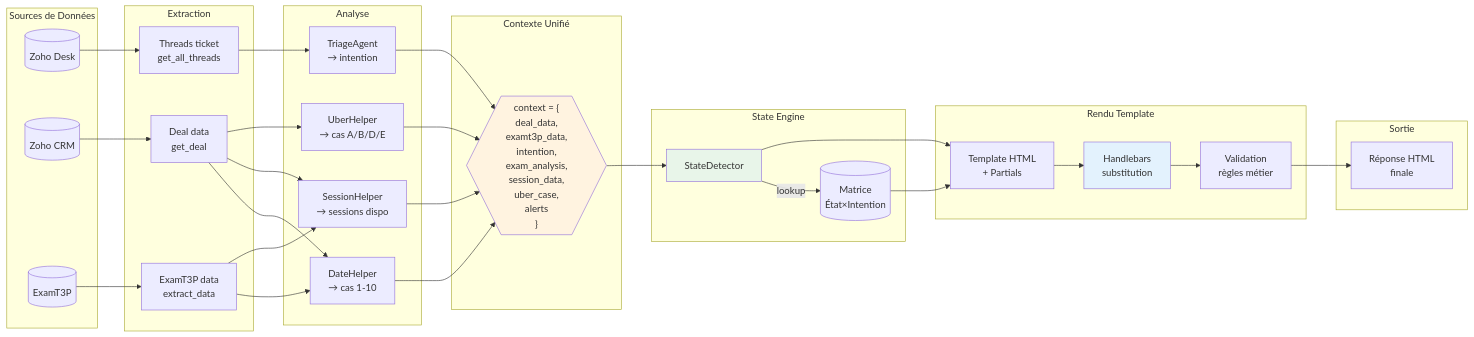
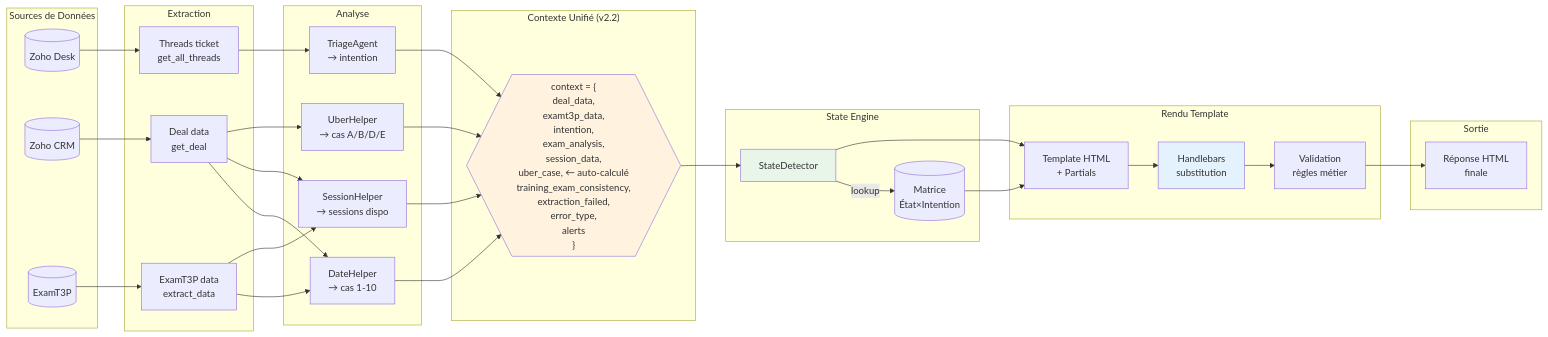
One commit to fouedh91760/a-level-saver changed the fourth of 20 diagrams in docs/architecture-diagrams.md. Above: the diagram before and after it, drawn with Mermaid. The commit also changed other lines of this file and 13 other files, not shown here.

First line of the commit message:
fix: Replace bare except statements and fix examt3p_data typo

````diff
--- a/docs/architecture-diagrams.md
+++ b/docs/architecture-diagrams.md
@@ -243,68 +244,68 @@
 ```mermaid
 flowchart LR
     subgraph SOURCES["Sources de Données"]
         ZD[(Zoho Desk)]
         ZC[(Zoho CRM)]
         ET[(ExamT3P)]
     end
 
     subgraph EXTRACTION["Extraction"]
         TH[Threads ticket<br/>get_all_threads]
         DD[Deal data<br/>get_deal]
         ED[ExamT3P data<br/>extract_data]
     end
 
     subgraph ANALYSIS["Analyse"]
         TA[TriageAgent<br/>→ intention]
         DEH[DateHelper<br/>→ cas 1-10]
         SH[SessionHelper<br/>→ sessions dispo]
         UEH[UberHelper<br/>→ cas A/B/D/E]
     end
 
-    subgraph CONTEXT["Contexte Unifié"]
-        CTX{{"context = {<br/>  deal_data,<br/>  examt3p_data,<br/>  intention,<br/>  exam_analysis,<br/>  session_data,<br/>  uber_case,<br/>  alerts<br/>}"}}
+    subgraph CONTEXT["Contexte Unifié (v2.2)"]
+        CTX{{"context = {<br/>  deal_data,<br/>  examt3p_data,<br/>  intention,<br/>  exam_analysis,<br/>  session_data,<br/>  uber_case, ← auto-calculé<br/>  training_exam_consistency,<br/>  extraction_failed,<br/>  error_type,<br/>  alerts<br/>}"}}
     end
 
     subgraph STATE["State Engine"]
         SD[StateDetector]
         M[(Matrice<br/>État×Intention)]
         SD --> |lookup| M
     end
 
     subgraph TEMPLATE["Rendu Template"]
         TPL[Template HTML<br/>+ Partials]
         HB[Handlebars<br/>substitution]
         VAL[Validation<br/>règles métier]
     end
 
     subgraph OUTPUT["Sortie"]
         RESP[Réponse HTML<br/>finale]
     end
 
     ZD --> TH
     ZC --> DD
     ET --> ED
 
     TH --> TA
     DD --> DEH
     DD --> SH
     DD --> UEH
     ED --> DEH
     ED --> SH
 
     TA --> CTX
     DEH --> CTX
     SH --> CTX
     UEH --> CTX
 
     CTX --> SD
     SD --> TPL
     M --> TPL
     TPL --> HB
     HB --> VAL
     VAL --> RESP
 
     style CTX fill:#fff3e0
     style SD fill:#e8f5e9
     style HB fill:#e3f2fd
 ```
````
